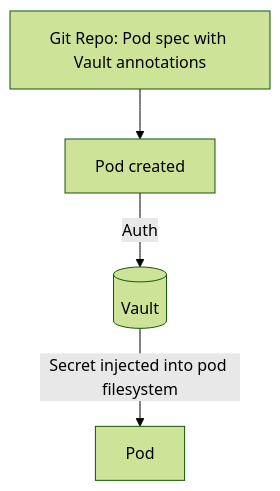
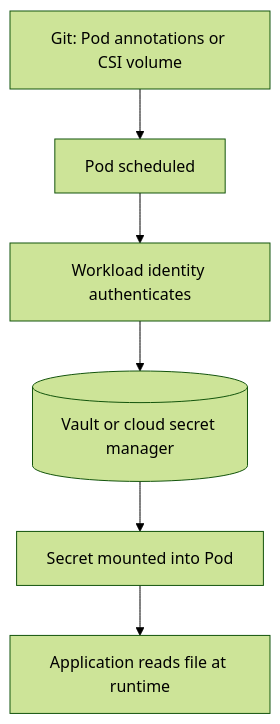
The fifth of 8 diagrams in src/content/docs/platform/disciplines/delivery-automation/gitops/module-3.5-secrets.md (krisztiankoos/kubedojo), drawn with Mermaid (forest theme) before and after one commit. The commit also changed other lines of this file, not shown here.

````diff
--- a/src/content/docs/platform/disciplines/delivery-automation/gitops/module-3.5-secrets.md
+++ b/src/content/docs/platform/disciplines/delivery-automation/gitops/module-3.5-secrets.md
@@ -131,6 +219,8 @@
 ```mermaid
 flowchart TD
-    A[Git Repo: Pod spec with Vault annotations] --> B[Pod created]
-    B -->|Auth| C[(Vault)]
-    C -->|Secret injected into pod filesystem| D[Pod]
+    A["Git: Pod annotations or CSI volume"] --> B["Pod scheduled"]
+    B --> C["Workload identity authenticates"]
+    C --> D[("Vault or cloud secret manager")]
+    D --> E["Secret mounted into Pod"]
+    E --> F["Application reads file at runtime"]
 ```
````
